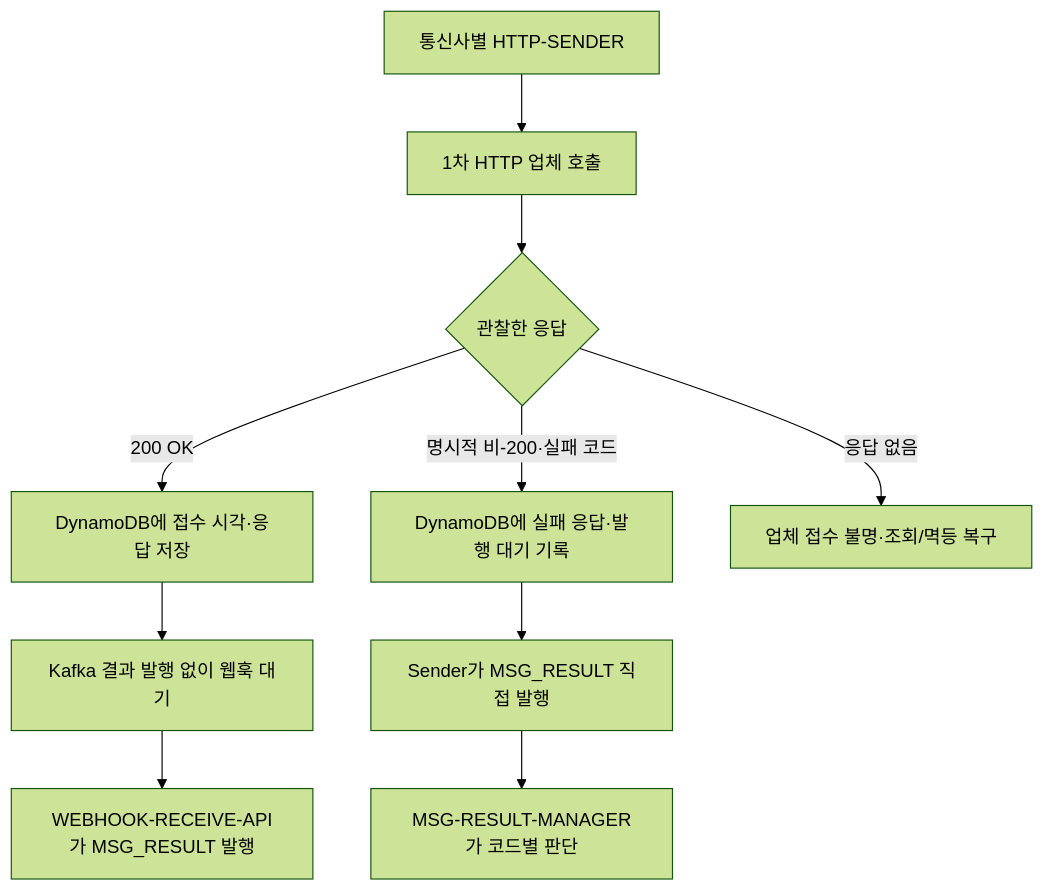
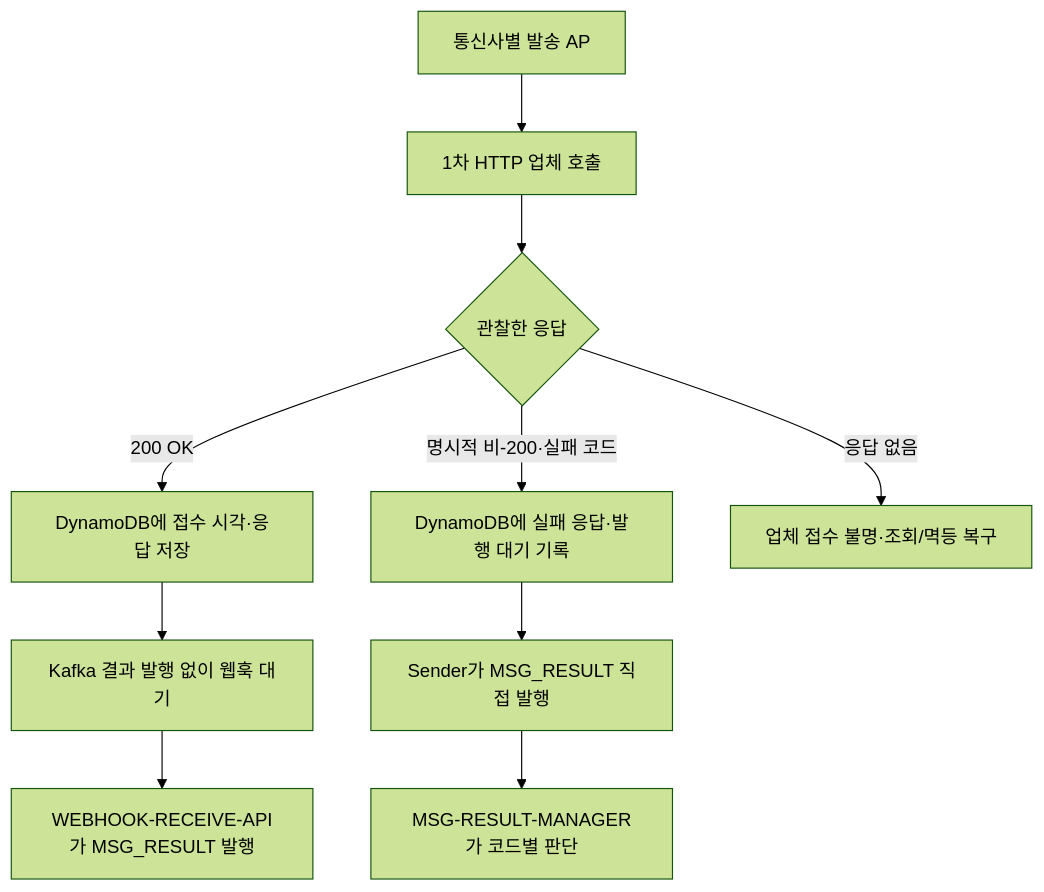
Before and after one commit to hyun-seung/High-throughput-event-platform: the diagram in docs/54-메시징-오류-코드와-결과-인계-계약.md, drawn with Mermaid (forest theme). The commit also changed other lines of this file and 6 other files, not shown here.

````diff
--- a/docs/54-메시징-오류-코드와-결과-인계-계약.md
+++ b/docs/54-메시징-오류-코드와-결과-인계-계약.md
@@ -35,12 +35,12 @@
 ```mermaid
 flowchart TD
-    S[통신사별 HTTP-SENDER] --> P[1차 HTTP 업체 호출]
+    S[통신사별 발송 AP] --> P[1차 HTTP 업체 호출]
     P --> R{관찰한 응답}
     R -->|200 OK| A[DynamoDB에 접수 시각·응답 저장]
     A --> W[Kafka 결과 발행 없이 웹훅 대기]
     W --> H[WEBHOOK-RECEIVE-API가 MSG_RESULT 발행]
     R -->|명시적 비-200·실패 코드| F[DynamoDB에 실패 응답·발행 대기 기록]
     F --> K[Sender가 MSG_RESULT 직접 발행]
     K --> M[MSG-RESULT-MANAGER가 코드별 판단]
     R -->|응답 없음| U[업체 접수 불명·조회/멱등 복구]
 ```
````
